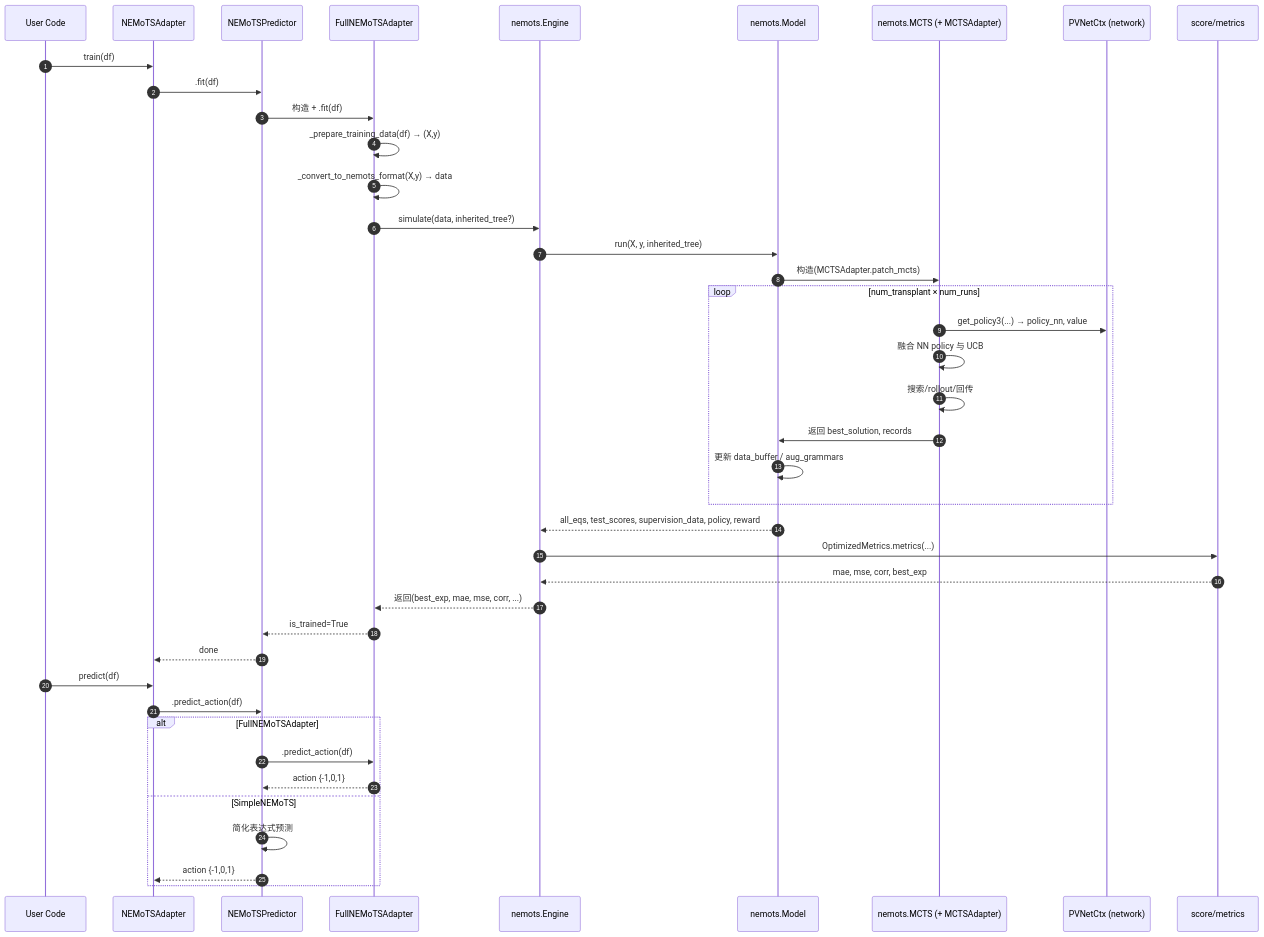
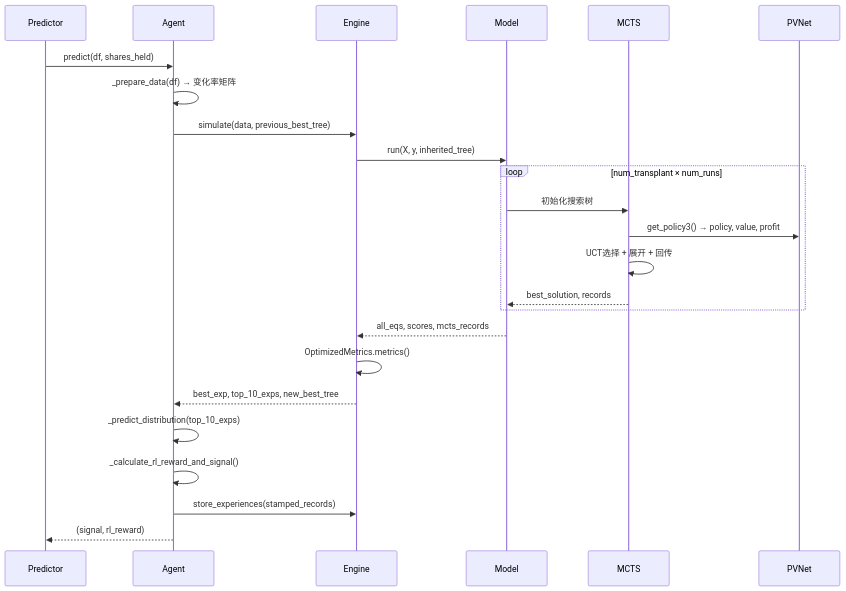
Before and after one commit to JNU-Tangyin/eata: the second of 2 diagrams in README.md, drawn with Mermaid. The commit also changed other lines of this file, not shown here.

````diff
--- a/README.md
+++ b/README.md
@@ -172,47 +153,30 @@
 ```mermaid
 sequenceDiagram
-    autonumber
-    participant User as User Code
-    participant Adapter as NEMoTSAdapter
-    participant Pred as NEMoTSPredictor
-    participant Full as FullNEMoTSAdapter
-    participant Eng as nemots.Engine
-    participant Mod as nemots.Model
-    participant MCTS as nemots.MCTS (+ MCTSAdapter)
-    participant Net as PVNetCtx (network)
-    participant Score as score/metrics
-
-    User->>Adapter: train(df)
-    Adapter->>Pred: .fit(df)
-    Pred->>Full: 构造 + .fit(df)
-    Full->>Full: _prepare_training_data(df) → (X,y)
-    Full->>Full: _convert_to_nemots_format(X,y) → data
-    Full->>Eng: simulate(data, inherited_tree?)
-
-    Eng->>Mod: run(X, y, inherited_tree)
-    Mod->>MCTS: 构造(MCTSAdapter.patch_mcts)
+    participant P as Predictor
+    participant A as Agent
+    participant E as Engine
+    participant M as Model
+    participant MCTS as MCTS
+    participant Net as PVNet
+    
+    P->>A: predict(df, shares_held)
+    A->>A: _prepare_data(df) → 变化率矩阵
+    A->>E: simulate(data, previous_best_tree)
+    E->>M: run(X, y, inherited_tree)
+    
     loop num_transplant × num_runs
-        MCTS->>Net: get_policy3(...) → policy_nn, value
-        MCTS->>MCTS: 融合 NN policy 与 UCB
-        MCTS->>MCTS: 搜索/rollout/回传
-        MCTS->>Mod: 返回 best_solution, records
-        Mod->>Mod: 更新 data_buffer / aug_grammars
+        M->>MCTS: 初始化搜索树
+        MCTS->>Net: get_policy3() → policy, value, profit
+        MCTS->>MCTS: UCT选择 + 展开 + 回传
+        MCTS-->>M: best_solution, records
     end
-    Mod-->>Eng: all_eqs, test_scores, supervision_data, policy, reward
-    Eng->>Score: OptimizedMetrics.metrics(...)
-    Score-->>Eng: mae, mse, corr, best_exp
-    Eng-->>Full: 返回(best_exp, mae, mse, corr, ...)
-
-    Full-->>Pred: is_trained=True
-    Pred-->>Adapter: done
-
-    User->>Adapter: predict(df)
-    Adapter->>Pred: .predict_action(df)
-    alt FullNEMoTSAdapter
-        Pred->>Full: .predict_action(df)
-        Full-->>Pred: action {-1,0,1}
-    else SimpleNEMoTS
-        Pred->>Pred: 简化表达式预测
-        Pred-->>Adapter: action {-1,0,1}
-    end
+    
+    M-->>E: all_eqs, scores, mcts_records
+    E->>E: OptimizedMetrics.metrics()
+    E-->>A: best_exp, top_10_exps, new_best_tree
+    
+    A->>A: _predict_distribution(top_10_exps)
+    A->>A: _calculate_rl_reward_and_signal()
+    A->>E: store_experiences(stamped_records)
+    A-->>P: (signal, rl_reward)
 ```
````
